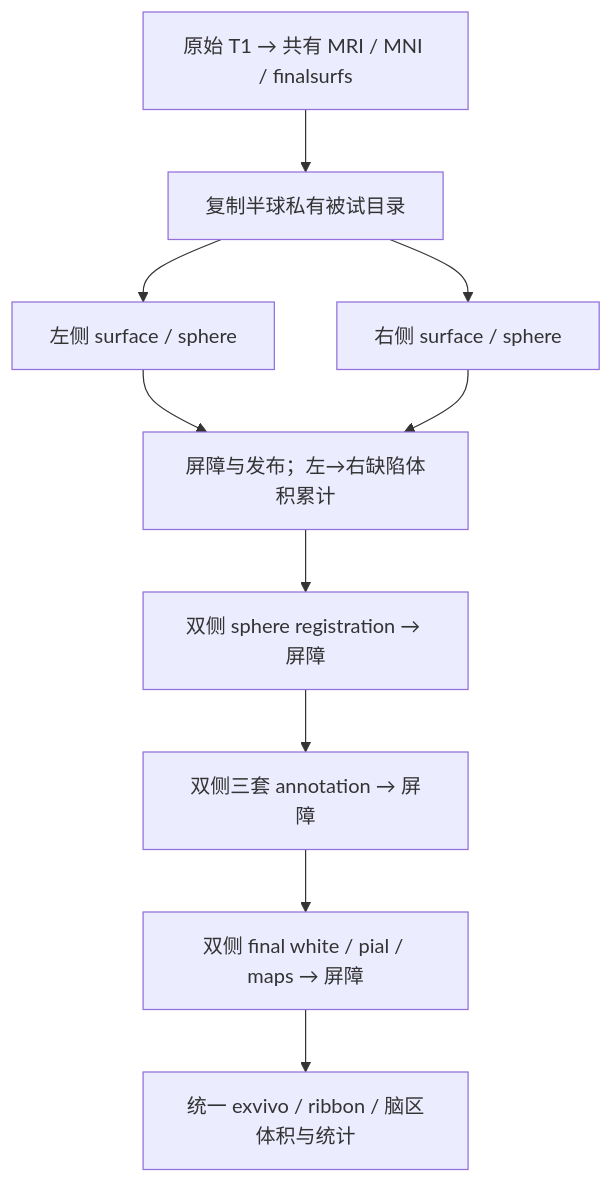
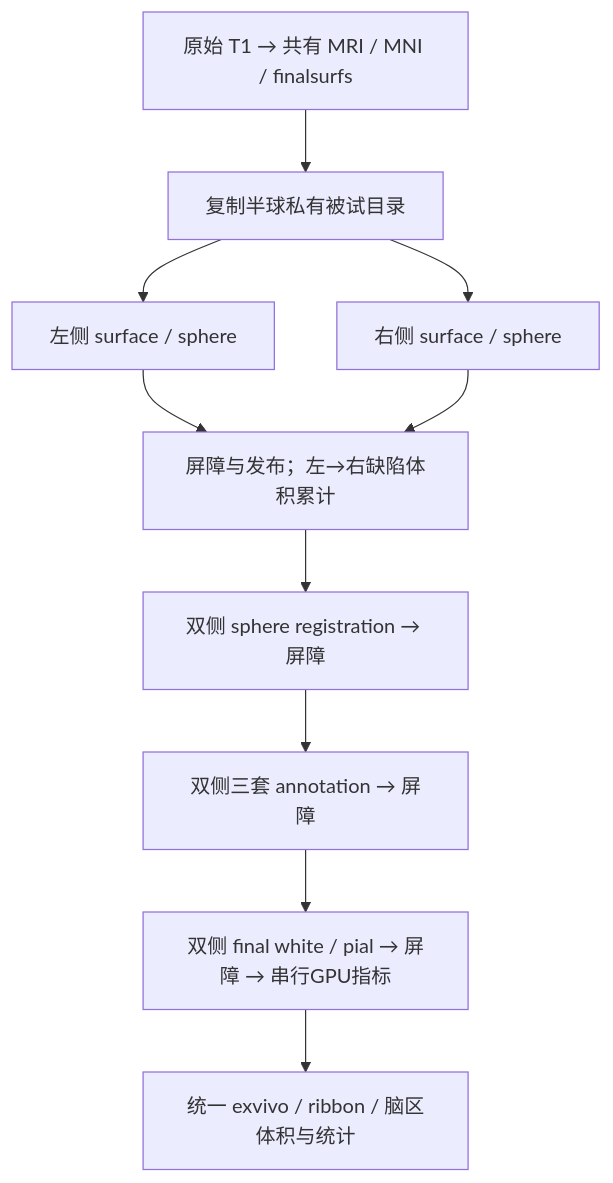
Before and after one commit to weikanggong1/Fudan-Neuroimaging-toolkit: the diagram in validation/recon_all/optimizations/20261002_parallel/task_01/README.md, drawn with Mermaid. The commit also changed other lines of this file and 5 other files, not shown here.

````diff
--- a/validation/recon_all/optimizations/20261002_parallel/task_01/README.md
+++ b/validation/recon_all/optimizations/20261002_parallel/task_01/README.md
@@ -7,12 +7,12 @@
 ```mermaid
 flowchart TD
     A[原始 T1 → 共有 MRI / MNI / finalsurfs] --> B[复制半球私有被试目录]
     B --> L[左侧 surface / sphere]
     B --> R[右侧 surface / sphere]
     L --> C[屏障与发布；左→右缺陷体积累计]
     R --> C
     C --> D[双侧 sphere registration → 屏障]
     D --> E[双侧三套 annotation → 屏障]
-    E --> F[双侧 final white / pial / maps → 屏障]
+    E --> F[双侧 final white / pial → 屏障 → 串行GPU指标]
     F --> G[统一 exvivo / ribbon / 脑区体积与统计]
 ```
````
